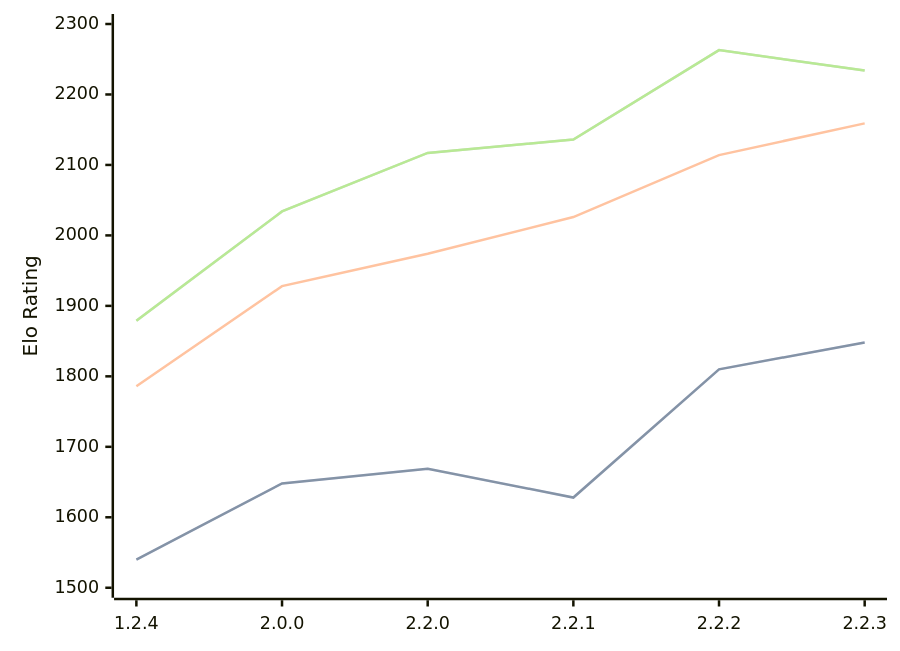
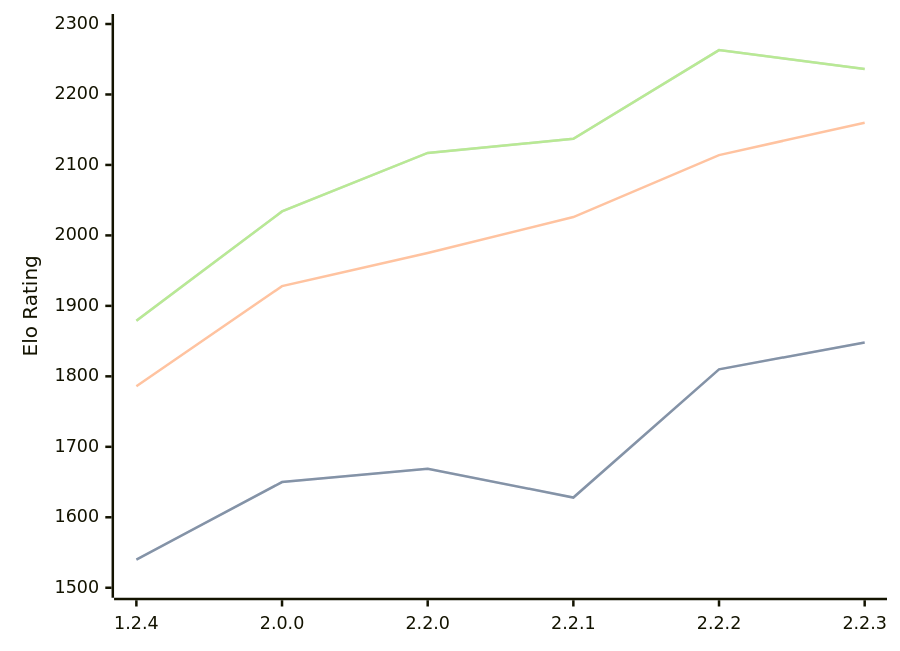
One commit to computer-chess-index/cci changed the diagram in engines/Kreveta.md. Above: the diagram before and after it, drawn with Mermaid. The commit also changed other lines of this file, not shown here.

Commit message:
Update CCI Ratings (ELO VLTC) - 2026-02-17

````diff
--- a/engines/Kreveta.md
+++ b/engines/Kreveta.md
@@ -36,11 +36,11 @@
 ```mermaid
 %%{init: {"theme":"base","themeVariables":{"seriesColors:['#a3a3a3','#222221','#faa371']}}}%%
 xychart-beta
   x-axis ["1.2.4", "2.0.0", "2.2.0", "2.2.1", "2.2.2", "2.2.3"]
   y-axis "Elo Rating" 1500 --> 2300
-  line "STC (8.0+0.08s)" [1540, 1648, 1669, 1628, 1810, 1848]
-  line "STC (8.0+0.08s)" [1540, 1648, 1669, 1628, 1810, 1848]
-  line "LTC (60.0+0.60s)" [1786, 1928, 1974, 2026, 2114, 2159]
-  line "VLTC (2m24s+1.12s)" [1879, 2034, 2117, 2136, 2263, 2234]
-  line "VLTC (2m24s+1.12s)" [1879, 2034, 2117, 2136, 2263, 2234]
+  line "STC (8.0+0.08s)" [1540, 1650, 1669, 1628, 1810, 1848]
+  line "STC (8.0+0.08s)" [1540, 1650, 1669, 1628, 1810, 1848]
+  line "LTC (60.0+0.60s)" [1786, 1928, 1975, 2026, 2114, 2160]
+  line "VLTC (2m24s+1.12s)" [1879, 2034, 2117, 2137, 2263, 2236]
+  line "VLTC (2m24s+1.12s)" [1879, 2034, 2117, 2137, 2263, 2236]
 ```
````
